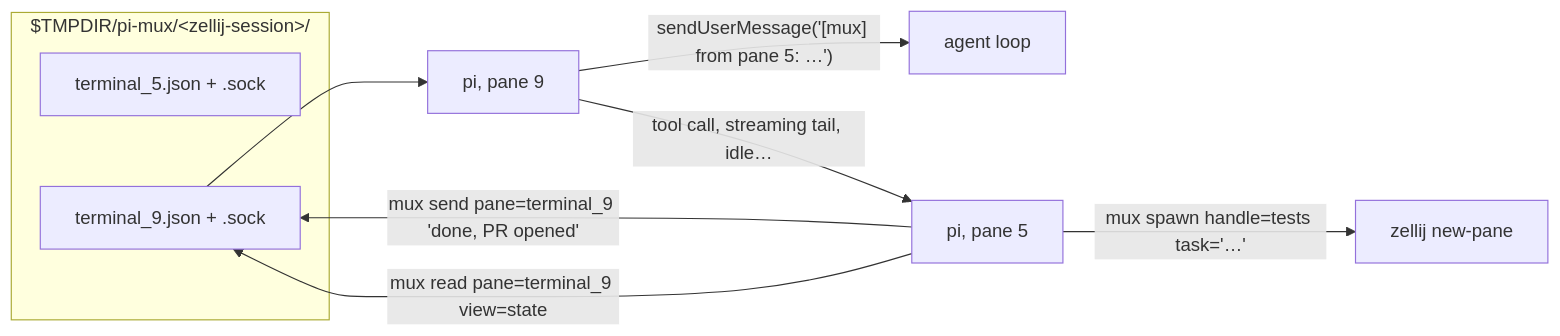
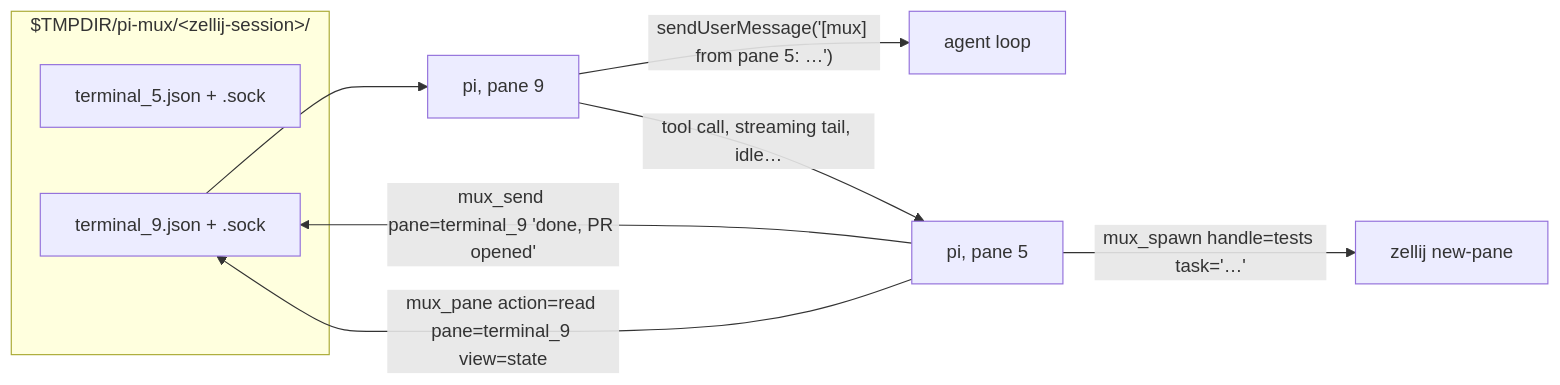
Before and after one commit to lhopitou/pi-packages: the diagram in extensions/mux/DESIGN.md, drawn with Mermaid. The commit also changed other lines of this file and 5 other files, not shown here.

First line of the commit message:
refactor(mux): split the mux tool into per-action-family tools

````diff
--- a/extensions/mux/DESIGN.md
+++ b/extensions/mux/DESIGN.md
@@ -95,13 +95,13 @@
 ```mermaid
 flowchart LR
     subgraph S["$TMPDIR/pi-mux/&lt;zellij-session&gt;/"]
         D5["terminal_5.json + .sock"]
         D9["terminal_9.json + .sock"]
     end
-    A["pi, pane 5"] -->|"mux send pane=terminal_9 'done, PR opened'"| D9
+    A["pi, pane 5"] -->|"mux_send pane=terminal_9 'done, PR opened'"| D9
     D9 --> B["pi, pane 9"]
     B -->|"sendUserMessage('[mux] from pane 5: …')"| B2[agent loop]
-    A -->|"mux read pane=terminal_9 view=state"| D9
+    A -->|"mux_pane action=read pane=terminal_9 view=state"| D9
     B -->|"tool call, streaming tail, idle…"| A
-    A -->|"mux spawn handle=tests task='…'"| Z[zellij new-pane]
+    A -->|"mux_spawn handle=tests task='…'"| Z[zellij new-pane]
 ```
````
